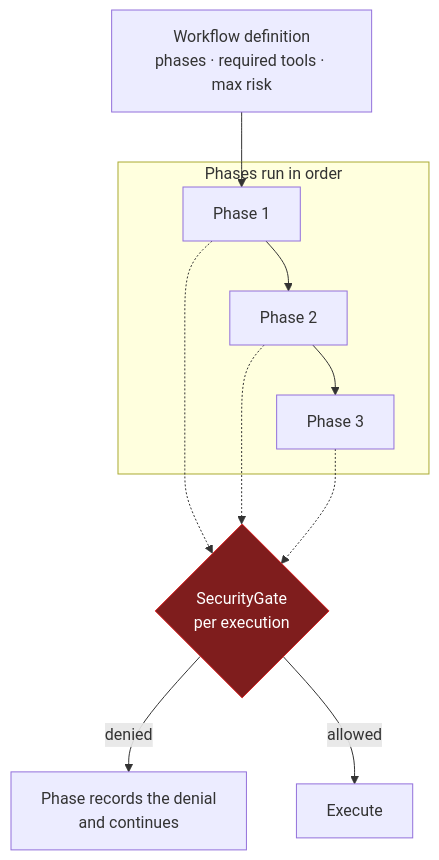
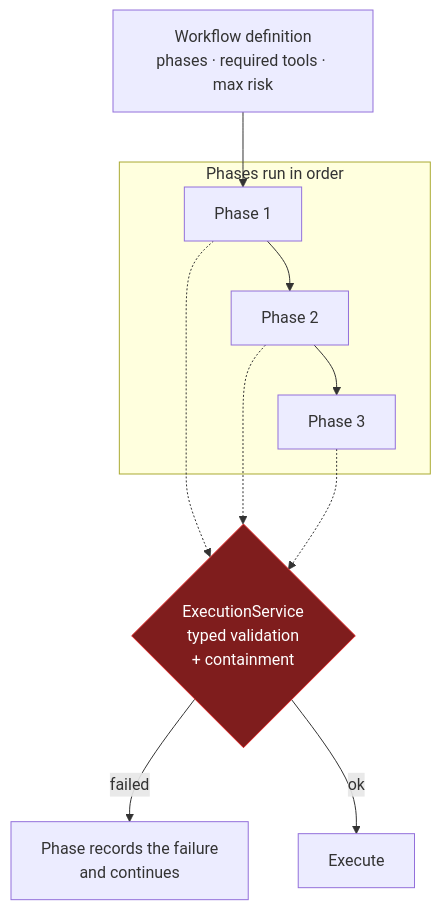
Before and after one commit to Arseno25/nexhunter: the first of 6 diagrams in docs/workflows.md, drawn with Mermaid. The commit also changed other lines of this file and 56 other files, not shown here.

````diff
--- a/docs/workflows.md
+++ b/docs/workflows.md
@@ -11,16 +11,16 @@
 ```mermaid
 flowchart TB
     W[Workflow definition<br/>phases · required tools · max risk] --> P1
     subgraph phases [Phases run in order]
         P1[Phase 1] --> P2[Phase 2] --> P3[Phase 3]
     end
-    P1 -.-> GATE
-    P2 -.-> GATE
-    P3 -.-> GATE
-    GATE{SecurityGate<br/>per execution}
-    GATE -->|denied| SKIP[Phase records the denial<br/>and continues]
-    GATE -->|allowed| RUN[Execute]
+    P1 -.-> SVC
+    P2 -.-> SVC
+    P3 -.-> SVC
+    SVC{ExecutionService<br/>typed validation<br/>+ containment}
+    SVC -->|failed| SKIP[Phase records the failure<br/>and continues]
+    SVC -->|ok| RUN[Execute]
 
     classDef deny fill:#7f1d1d,stroke:#dc2626,color:#fff
-    class GATE deny
+    class SVC deny
 ```
````
